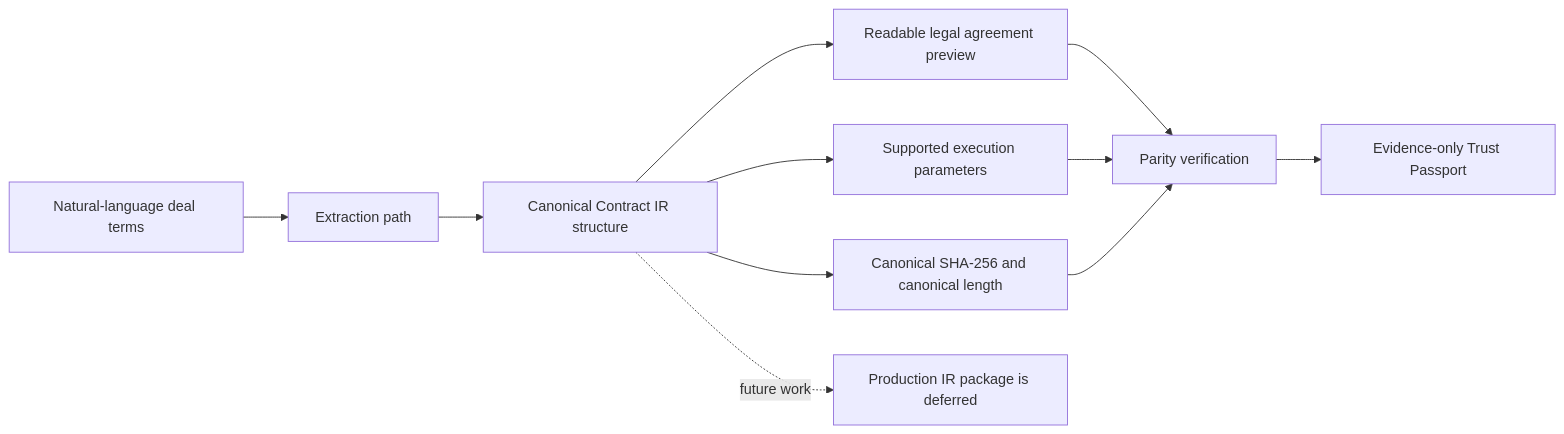
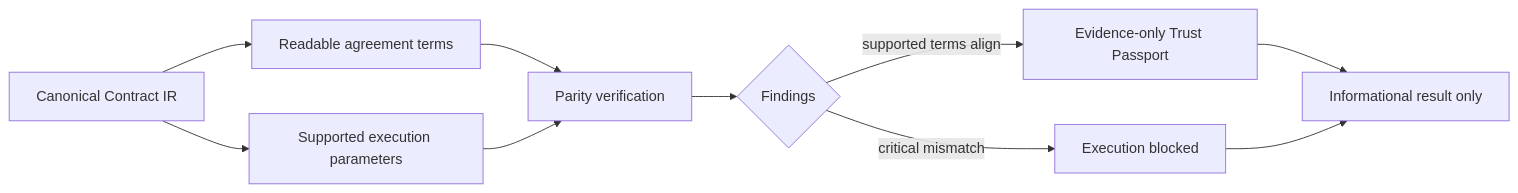
The third of 4 diagrams in README.md (the-nidhi-bhat/LEXORA-LegalX), drawn with Mermaid before and after one commit. The commit also changed other lines of this file and 40 other files, not shown here.

````diff
--- a/README.md
+++ b/README.md
@@ -119,13 +138,12 @@
 ```mermaid
 flowchart LR
-    N[Natural-language deal terms] --> E[Extraction path]
-    E --> IR[Canonical Contract IR structure]
-    IR --> H[Canonical SHA-256 and canonical length]
-    IR --> DOC[Readable legal agreement preview]
-    IR --> EP[Supported execution parameters]
-    DOC --> C[Parity verification]
-    EP --> C
-    H --> C
-    C --> PP[Evidence-only Trust Passport]
-    IR -. future work .-> X[Production IR package is deferred]
+    IR["Canonical Contract IR"] --> DOC["Readable agreement terms"]
+    IR --> EP["Supported execution parameters"]
+    DOC --> P["Parity verification"]
+    EP --> P
+    P --> F{"Findings"}
+    F -->|"critical mismatch"| B["Execution blocked"]
+    F -->|"supported terms align"| PP["Evidence-only Trust Passport"]
+    PP --> N["Informational result only"]
+    B --> N
 ```
````
